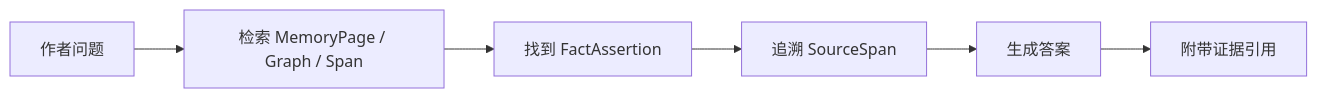
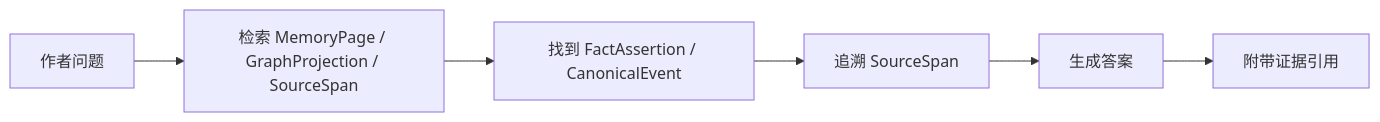
One commit to FrankQDWang/sextantlabs changed the third of 3 diagrams in goals/03-source-evidence.md. Above: the diagram before and after it, drawn with Mermaid. The commit also changed other lines of this file and 16 other files, not shown here.

````diff
--- a/goals/03-source-evidence.md
+++ b/goals/03-source-evidence.md
@@ -75,8 +79,8 @@
 ```mermaid
 flowchart LR
-    A[作者问题] --> B[检索 MemoryPage / Graph / Span]
-    B --> C[找到 FactAssertion]
+    A[作者问题] --> B[检索 MemoryPage / GraphProjection / SourceSpan]
+    B --> C[找到 FactAssertion / CanonicalEvent]
     C --> D[追溯 SourceSpan]
     D --> E[生成答案]
     E --> F[附带证据引用]
 ```
````
